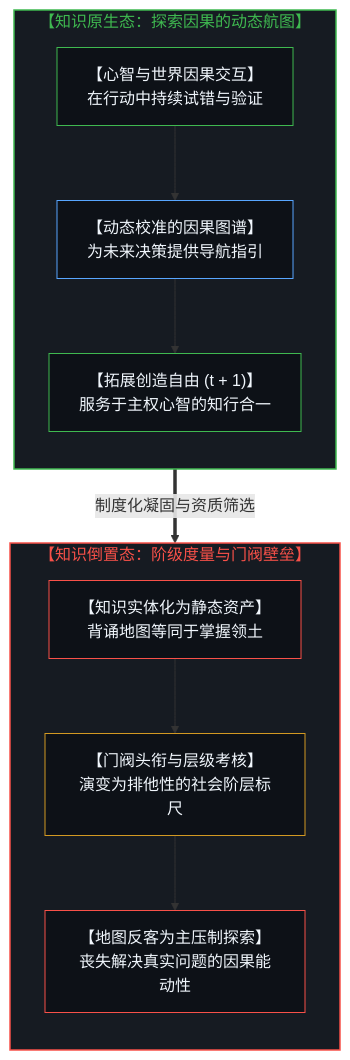
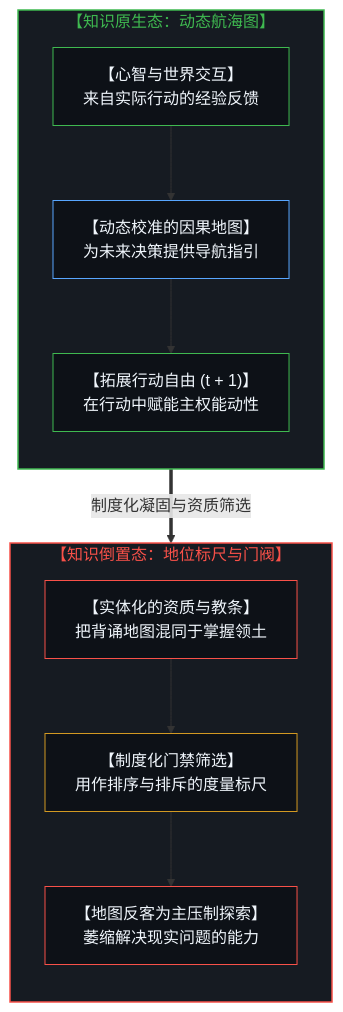
The seventh of 16 diagrams in content/posts/the-dissolution-of-the-great-reversal.md (powerpig99/not-a-toe), drawn with Mermaid before and after one commit. The commit also changed other lines of this file and 3 other files, not shown here.

````diff
--- a/content/posts/the-dissolution-of-the-great-reversal.md
+++ b/content/posts/the-dissolution-of-the-great-reversal.md
@@ -271,31 +253,28 @@
 ```mermaid
 flowchart TD
-    subgraph S_OriginMap["【知识原生态：探索因果的动态航图】"]
+    subgraph S_OriginMap["【知识原生态：动态航海图】"]
         direction TB
-        MindWorldInteraction["【心智与世界因果交互】<br/>在行动中持续试错与验证"]
-        DynamicNavMap["【动态校准的因果图谱】<br/>为未来决策提供导航指引"]
-        ExpandingFreedom["【拓展创造自由 (t + 1)】<br/>服务于主权心智的知行合一"]
+        MindWorldInteraction["【心智与世界交互】<br/>来自实际行动的经验反馈"]
+        DynamicNavMap["【动态校准的因果地图】<br/>为未来决策提供导航指引"]
+        ExpandingFreedom["【拓展行动自由 (t + 1)】<br/>在行动中赋能主权能动性"]
         MindWorldInteraction --> DynamicNavMap
         DynamicNavMap --> ExpandingFreedom
     end
-
     S_OriginMap ==>|"制度化凝固与资质筛选"| S_InvertedHierarchy
-
-    subgraph S_InvertedHierarchy["【知识倒置态：阶级度量与门阀壁垒】"]
+    subgraph S_InvertedHierarchy["【知识倒置态：地位标尺与门阀】"]
         direction TB
-        ReifiedCredentials["【知识实体化为静态资产】<br/>背诵地图等同于掌握领土"]
-        InstitutionalRanking["【门阀头衔与层级考核】<br/>演变为排他性的社会阶层标尺"]
-        DogmaticStagnation["【地图反客为主压制探索】<br/>丧失解决真实问题的因果能动性"]
+        ReifiedCredentials["【实体化的资质与教条】<br/>把背诵地图混同于掌握领土"]
+        InstitutionalRanking["【制度化门禁筛选】<br/>用作排序与排斥的度量标尺"]
+        DogmaticStagnation["【地图反客为主压制探索】<br/>萎缩解决现实问题的能力"]
         ReifiedCredentials --> InstitutionalRanking
         InstitutionalRanking --> DogmaticStagnation
     end
-
     style S_OriginMap fill:#161b22,stroke:#3fb950,stroke-width:1.5px,color:#3fb950
     style S_InvertedHierarchy fill:#161b22,stroke:#f85149,stroke-width:1.5px,color:#f85149
     style MindWorldInteraction fill:#0d1117,stroke:#3fb950,stroke-width:1px,color:#f0f6fc
     style DynamicNavMap fill:#0d1117,stroke:#58a6ff,stroke-width:1px,color:#f0f6fc
     style ExpandingFreedom fill:#0d1117,stroke:#3fb950,stroke-width:1px,color:#f0f6fc
     style ReifiedCredentials fill:#0d1117,stroke:#f85149,stroke-width:1px,color:#f0f6fc
     style InstitutionalRanking fill:#0d1117,stroke:#d29922,stroke-width:1px,color:#f0f6fc
     style DogmaticStagnation fill:#0d1117,stroke:#f85149,stroke-width:1px,color:#f0f6fc
 ```
````
